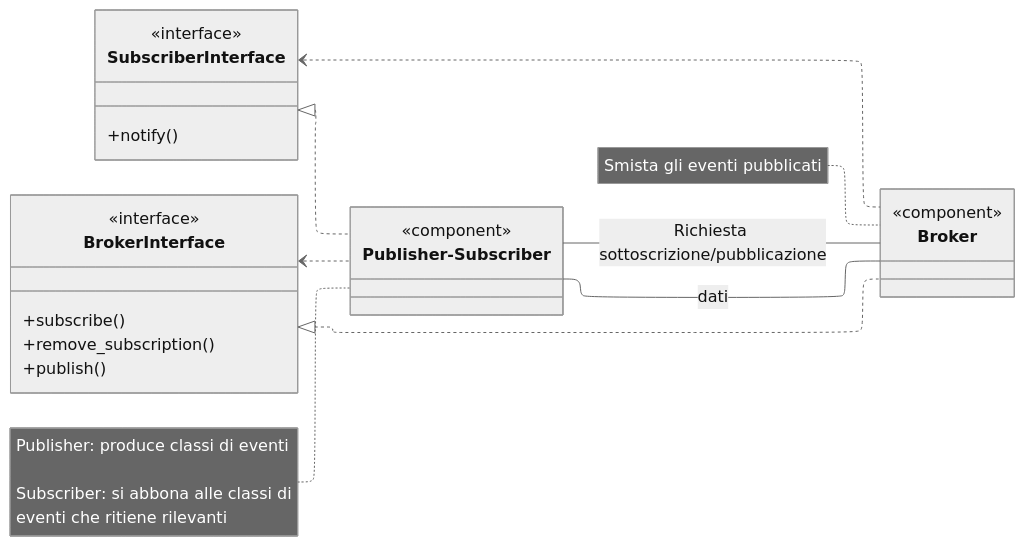
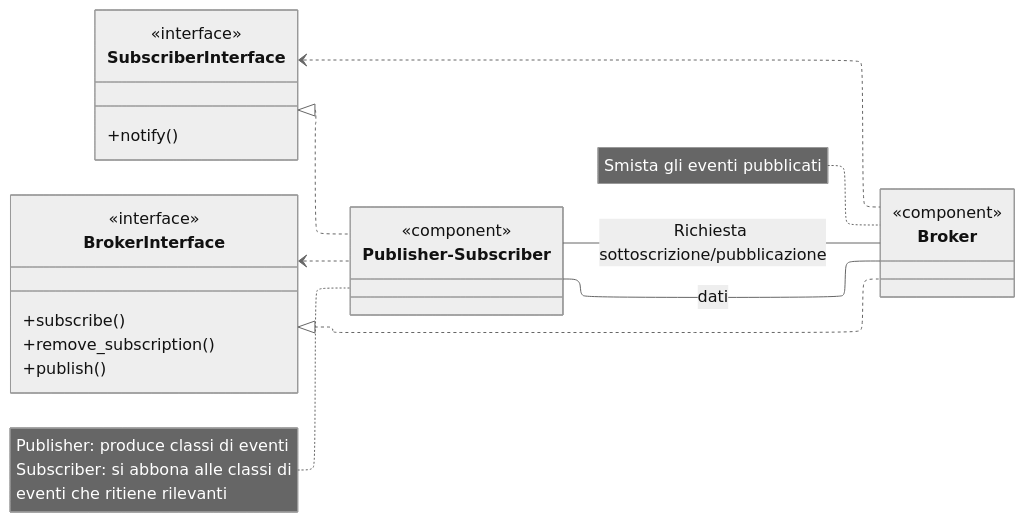
One commit to Firi0n/appunti-unipi changed the tenth of 13 diagrams in src/content/docs/software_engineering/Progettazione/progettazione.md. Above: the diagram before and after it, drawn with Mermaid (neutral theme). The commit also changed other lines of this file and 8 other files, not shown here.

````diff
--- a/src/content/docs/software_engineering/Progettazione/progettazione.md
+++ b/src/content/docs/software_engineering/Progettazione/progettazione.md
@@ -218,33 +250,36 @@
 ```mermaid
 ---
 config:
   layout: elk
 ---
 classDiagram
 direction LR
     class Publisher-Subscriber{
         <<component>>
     }
-    note for Publisher-Subscriber "Publisher: produce classi di eventi<br><br>Subscriber: si abbona alle classi di<br>eventi che ritiene rilevanti"
+    note for Publisher-Subscriber "Publisher: produce classi di eventi
+
+Subscriber: si abbona alle classi di
+eventi che ritiene rilevanti"
     class Broker{
         <<component>>
     }
     note for Broker "Smista gli eventi pubblicati"
     class SubscriberInterface{
         <<interface>>
         +notify()
     }
     class BrokerInterface{
         <<interface>>
         +subscribe()
         +remove_subscription()
         +publish()
     }
 
     Publisher-Subscriber -- Broker: Richiesta sottoscrizione/pubblicazione
     Publisher-Subscriber -- Broker: dati
     BrokerInterface <.. Publisher-Subscriber
     SubscriberInterface <|.. Publisher-Subscriber
     BrokerInterface <|.. Broker
     SubscriberInterface <.. Broker
 ```
````
